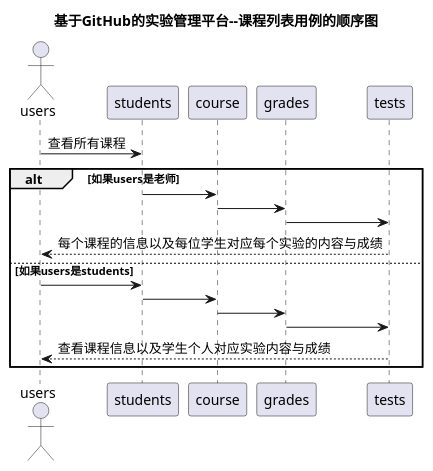
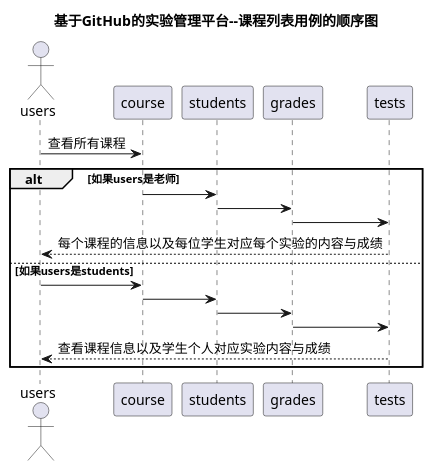
Before and after one commit to z915287285/is_analysis: the diagram in test6/src/sequenceCourse_list.puml, drawn with PlantUML. The commit also changed 10 other files, not shown here.

```diff
--- a/test6/src/sequenceCourse_list.puml
+++ b/test6/src/sequenceCourse_list.puml
@@ -1,18 +1,18 @@
 @startuml
 title 基于GitHub的实验管理平台--课程列表用例的顺序图
 actor users
-users -> students: 查看所有课程
+users -> course: 查看所有课程
 alt 如果users是老师
-	students -> course
-	course ->grades
+	course -> students
+	students ->grades
 	grades -> tests
 	tests --> users:每个课程的信息以及每位学生对应每个实验的内容与成绩
 else 如果users是students
-    users -> students
-    students ->course
-    course ->grades
+    users -> course
+    course ->students
+    students ->grades
     grades -> tests
     tests --> users:查看课程信息以及学生个人对应实验内容与成绩
 end
 
 @enduml
```
